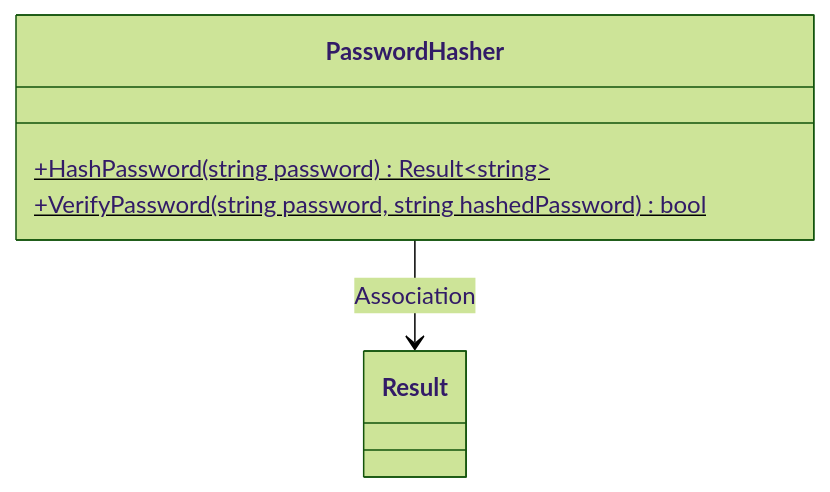
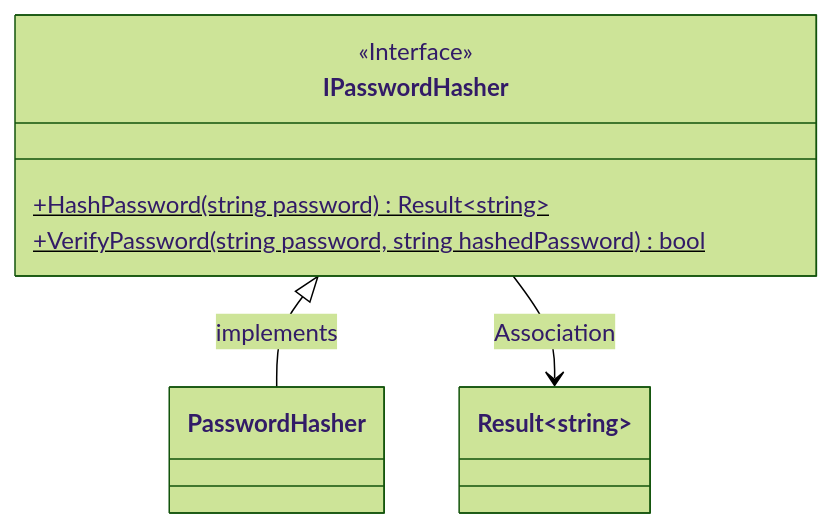
Before and after one commit to snicoper/agenda-manager-docs: the sixth of 7 diagrams in backend/source/Domain/Identity.md, drawn with Mermaid (forest theme). The commit also changed other lines of this file and 1 other file, not shown here.

````diff
--- a/backend/source/Domain/Identity.md
+++ b/backend/source/Domain/Identity.md
@@ -153,12 +143,11 @@
 ```mermaid
 classDiagram
-    class PasswordHasher {
+    class IPasswordHasher {
+        <<Interface>>
         +HashPassword(string password) Result~string~$
         +VerifyPassword(string password, string hashedPassword) bool$
     }
 
-    class Result {
-    }
-
-    PasswordHasher --> Result~string~ : Association
+    IPasswordHasher <|-- PasswordHasher : implements
+    IPasswordHasher --> Result~string~ : Association
 ```
````
